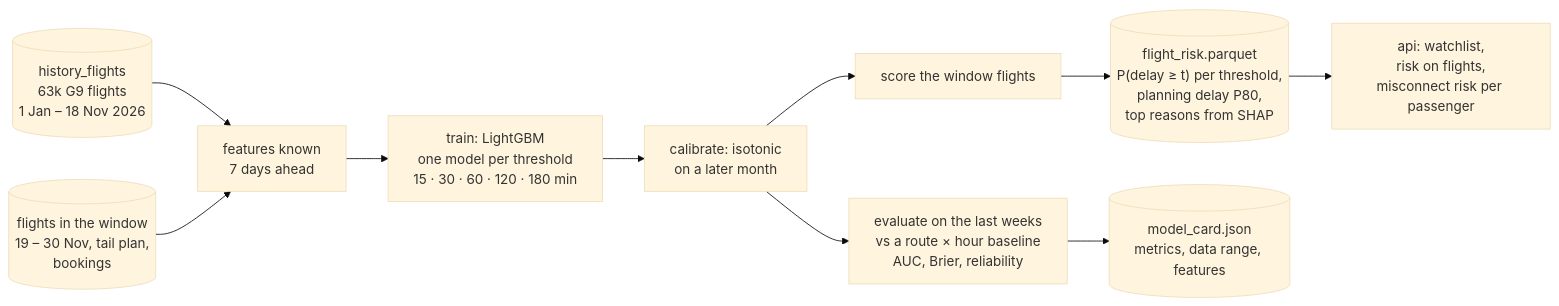
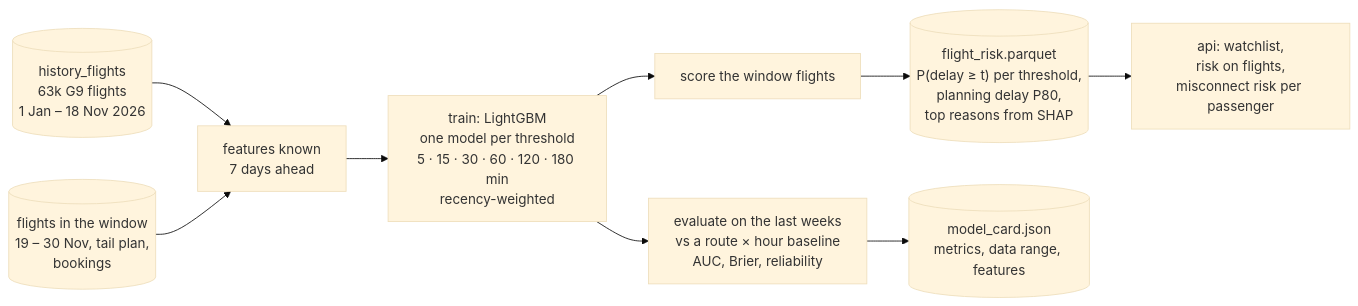
One commit to bimsarav/Hackathon-606 changed the tenth of 12 diagrams in products/disruption-advisor/source/disruption-advisor/docs/architecture/SYSTEM_ARCHITECTURE.md. Above: the diagram before and after it, drawn with Mermaid (base theme). The commit also changed other lines of this file and 35 other files, not shown here.

````diff
--- a/products/disruption-advisor/source/disruption-advisor/docs/architecture/SYSTEM_ARCHITECTURE.md
+++ b/products/disruption-advisor/source/disruption-advisor/docs/architecture/SYSTEM_ARCHITECTURE.md
@@ -282,12 +282,11 @@
 ```mermaid
 flowchart LR
   H[(history_flights<br/>63k G9 flights<br/>1 Jan – 18 Nov 2026)] --> F[features known<br/>7 days ahead]
   W[(flights in the window<br/>19 – 30 Nov, tail plan,<br/>bookings)] --> F
-  F --> T[train: LightGBM<br/>one model per threshold<br/>15 · 30 · 60 · 120 · 180 min]
-  T --> C[calibrate: isotonic<br/>on a later month]
-  C --> E[evaluate on the last weeks<br/>vs a route × hour baseline<br/>AUC, Brier, reliability]
-  C --> S[score the window flights]
+  F --> T[train: LightGBM<br/>one model per threshold<br/>5 · 15 · 30 · 60 · 120 · 180 min<br/>recency-weighted]
+  T --> E[evaluate on the last weeks<br/>vs a route × hour baseline<br/>AUC, Brier, reliability]
+  T --> S[score the window flights]
   S --> R[("flight_risk.parquet<br/>P(delay ≥ t) per threshold,<br/>planning delay P80,<br/>top reasons from SHAP")]
   E --> MC[(model_card.json<br/>metrics, data range, features)]
   R --> API[api: watchlist,<br/>risk on flights,<br/>misconnect risk per passenger]
 ```
````
